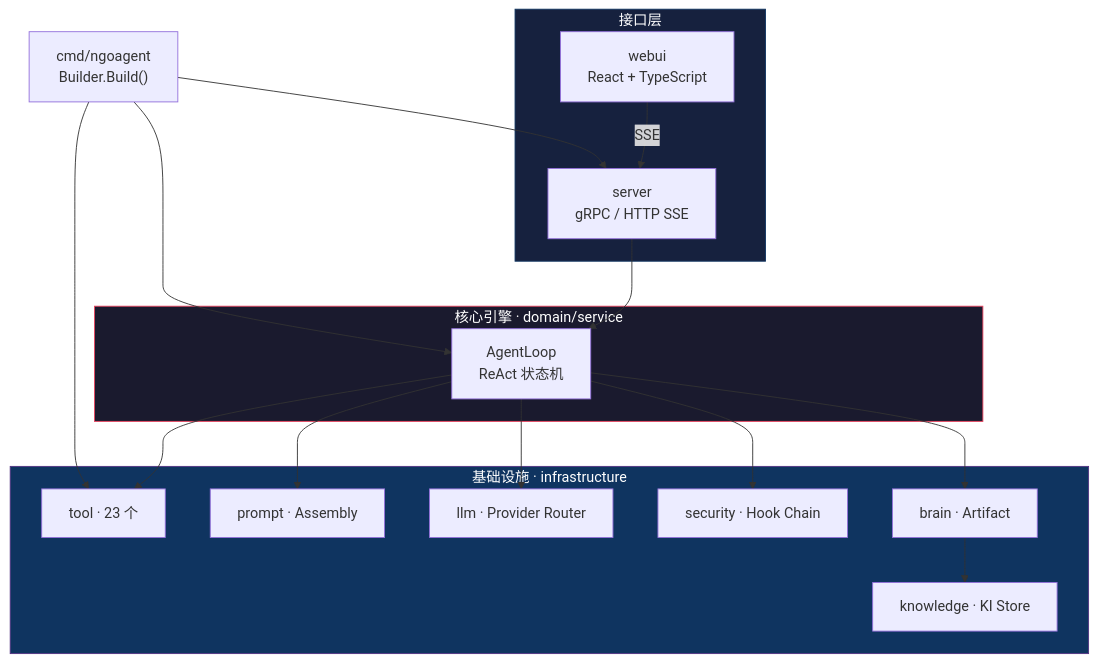
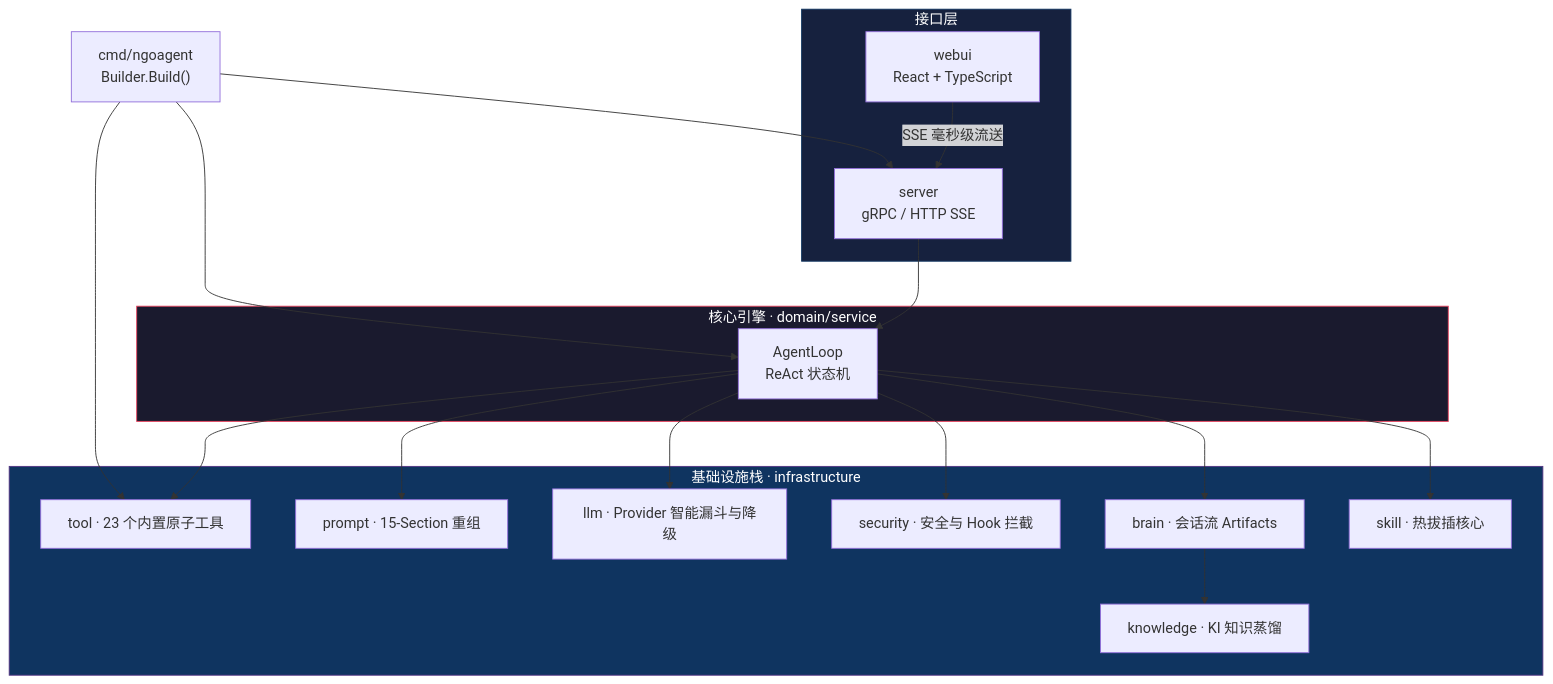
One commit to None9527/NGOAgent changed the diagram in README.md. Above: the diagram before and after it, drawn with Mermaid. The commit also changed other lines of this file and 2 other files, not shown here.

````diff
--- a/README.md
+++ b/README.md
@@ -38,37 +45,39 @@
 ```mermaid
 graph TD
     Main["cmd/ngoagent<br/>Builder.Build()"] --> Server
     Main --> Engine
     Main --> Tool
 
     subgraph Interfaces["接口层"]
         Server["server<br/>gRPC / HTTP SSE"]
         Web["webui<br/>React + TypeScript"]
     end
 
     subgraph Core["核心引擎 · domain/service"]
         Engine["AgentLoop<br/>ReAct 状态机"]
     end
 
-    subgraph Infra["基础设施 · infrastructure"]
-        Tool["tool · 23 个"]
-        Prompt["prompt · Assembly"]
-        LLM["llm · Provider Router"]
-        Security["security · Hook Chain"]
-        Brain["brain · Artifact"]
-        KI["knowledge · KI Store"]
+    subgraph Infra["基础设施栈 · infrastructure"]
+        Tool["tool · 23 个内置原子工具"]
+        Prompt["prompt · 15-Section 重组"]
+        LLM["llm · Provider 智能漏斗与降级"]
+        Security["security · 安全与 Hook 拦截"]
+        Brain["brain · 会话流 Artifacts"]
+        KI["knowledge · KI 知识蒸馏"]
+        Skill["skill · 热拔插核心"]
     end
 
-    Web -->|SSE| Server
+    Web -->|SSE 毫秒级流送| Server
     Server --> Engine
     Engine --> Tool
     Engine --> Prompt
     Engine --> LLM
     Engine --> Security
     Engine --> Brain
     Brain --> KI
+    Engine --> Skill
 
     style Core fill:#1a1a2e,stroke:#e94560,color:#fff
     style Interfaces fill:#16213e,stroke:#0f3460,color:#fff
     style Infra fill:#0f3460,stroke:#533483,color:#fff
 ```
````
